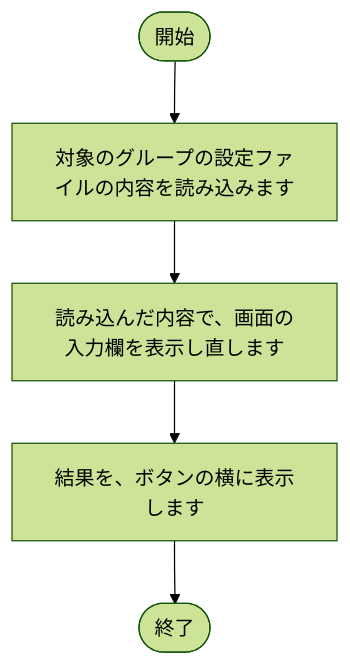
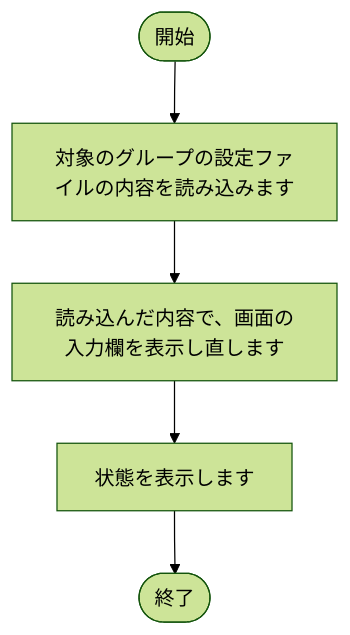
Diagram 16 of 28 in tool/track-aggregator/doc/02_設計/処理フロー.md (nishida2073/project_management), drawn with Mermaid (forest theme) before and after one commit. The commit also changed other lines of this file and 19 other files, not shown here.

````diff
--- a/tool/track-aggregator/doc/02_設計/処理フロー.md
+++ b/tool/track-aggregator/doc/02_設計/処理フロー.md
@@ -415,12 +431,12 @@
 ```mermaid
 flowchart TD
     S(["開始"])
     E(["終了"])
     N1["対象のグループの設定ファイルの内容を読み込みます"]
     S --> N1
     N2["読み込んだ内容で、画面の入力欄を表示し直します"]
     N1 --> N2
-    N3["結果を、ボタンの横に表示します"]
+    N3["状態を表示します"]
     N2 --> N3
     N3 --> E
 ```
````
